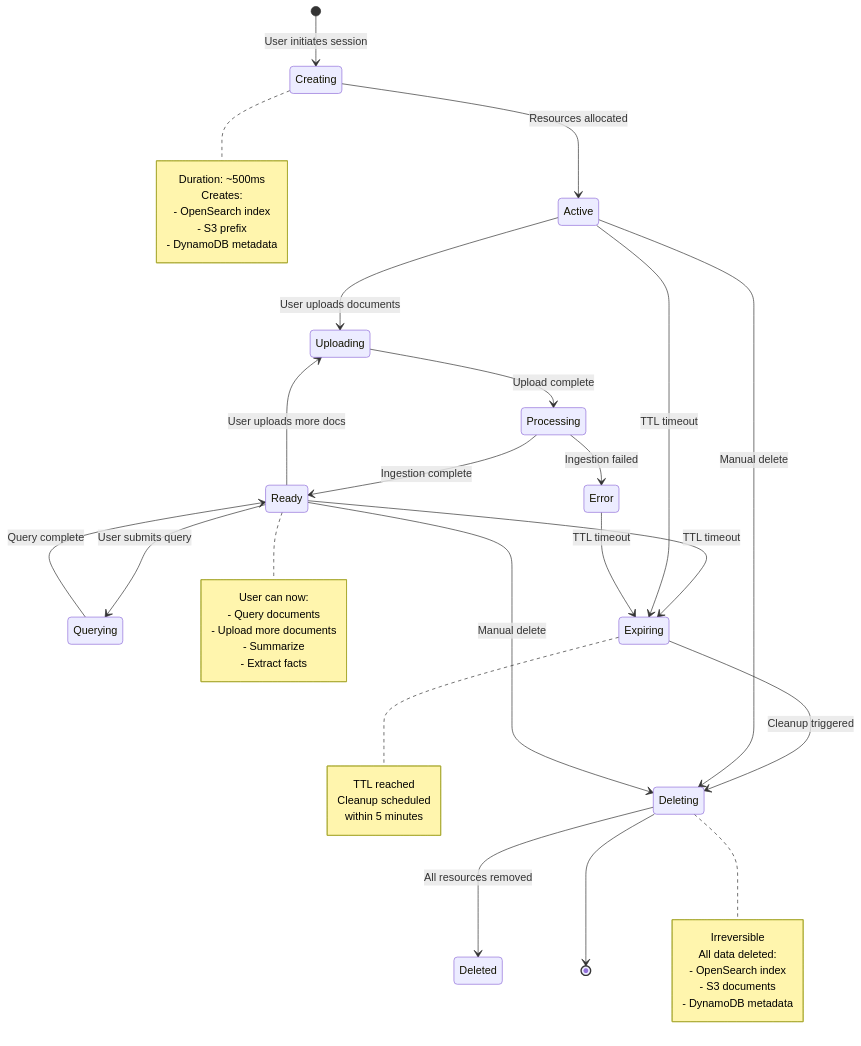
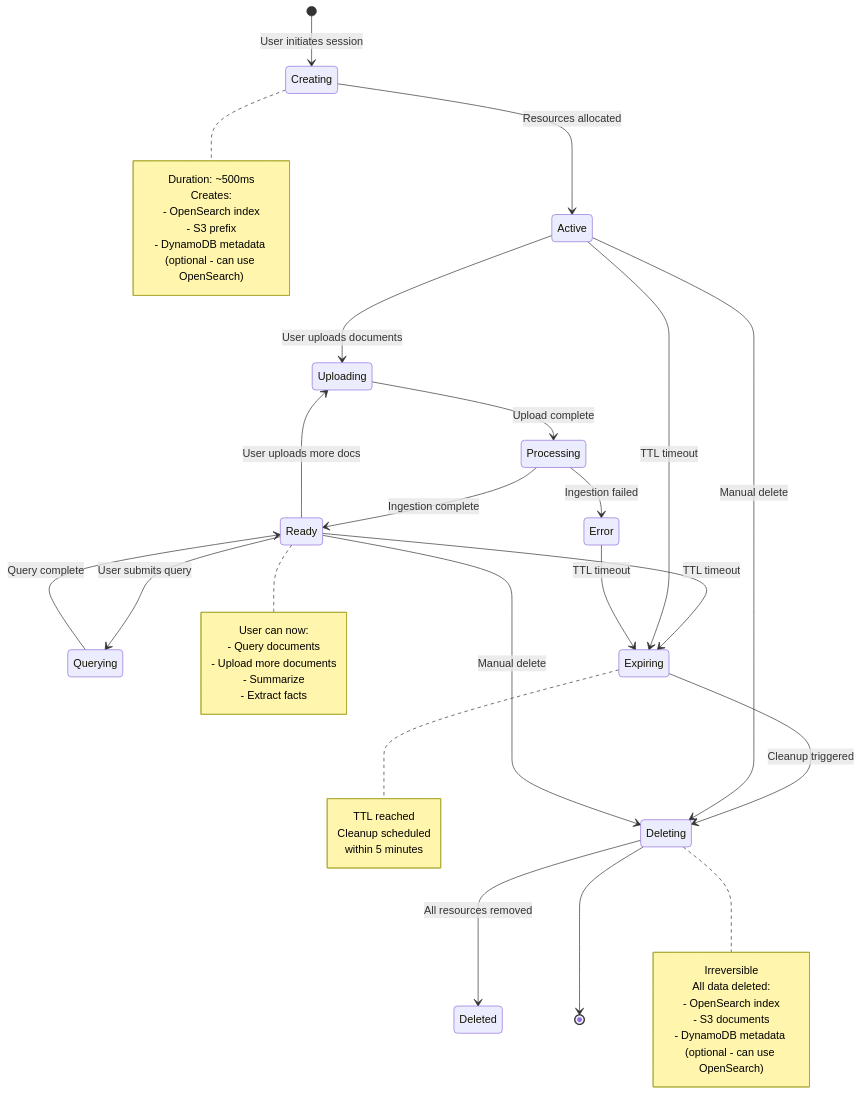
One commit to anguyenbus/ragflowdemo changed the first of 3 diagrams in docs/upload_doc_midchat.md. Above: the diagram before and after it, drawn with Mermaid. The commit also changed other lines of this file, not shown here.

````diff
--- a/docs/upload_doc_midchat.md
+++ b/docs/upload_doc_midchat.md
@@ -22,50 +22,50 @@
 ```mermaid
 stateDiagram-v2
     [*] --> Creating: User initiates session
     Creating --> Active: Resources allocated
     Active --> Uploading: User uploads documents
     Uploading --> Processing: Upload complete
     Processing --> Ready: Ingestion complete
     Processing --> Error: Ingestion failed
     Ready --> Querying: User submits query
     Querying --> Ready: Query complete
     Ready --> Uploading: User uploads more docs
     Ready --> Expiring: TTL timeout
     Active --> Expiring: TTL timeout
     Error --> Expiring: TTL timeout
     Expiring --> Deleting: Cleanup triggered
     Deleting --> Deleted: All resources removed
     Deleting --> [*]
     Active --> Deleting: Manual delete
     Ready --> Deleting: Manual delete
 
     note right of Creating
         Duration: ~500ms
         Creates:
         - OpenSearch index
         - S3 prefix
-        - DynamoDB metadata
+        - DynamoDB metadata (optional - can use OpenSearch)
     end note
 
     note right of Ready
         User can now:
         - Query documents
         - Upload more documents
         - Summarize
         - Extract facts
     end note
 
     note right of Expiring
         TTL reached
         Cleanup scheduled
         within 5 minutes
     end note
 
     note right of Deleting
         Irreversible
         All data deleted:
         - OpenSearch index
         - S3 documents
-        - DynamoDB metadata
+        - DynamoDB metadata (optional - can use OpenSearch)
     end note
 ```
````
